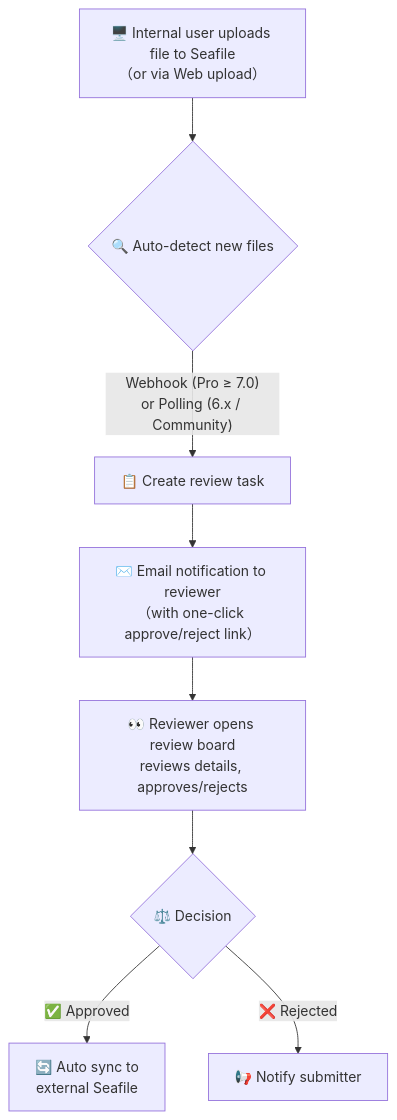
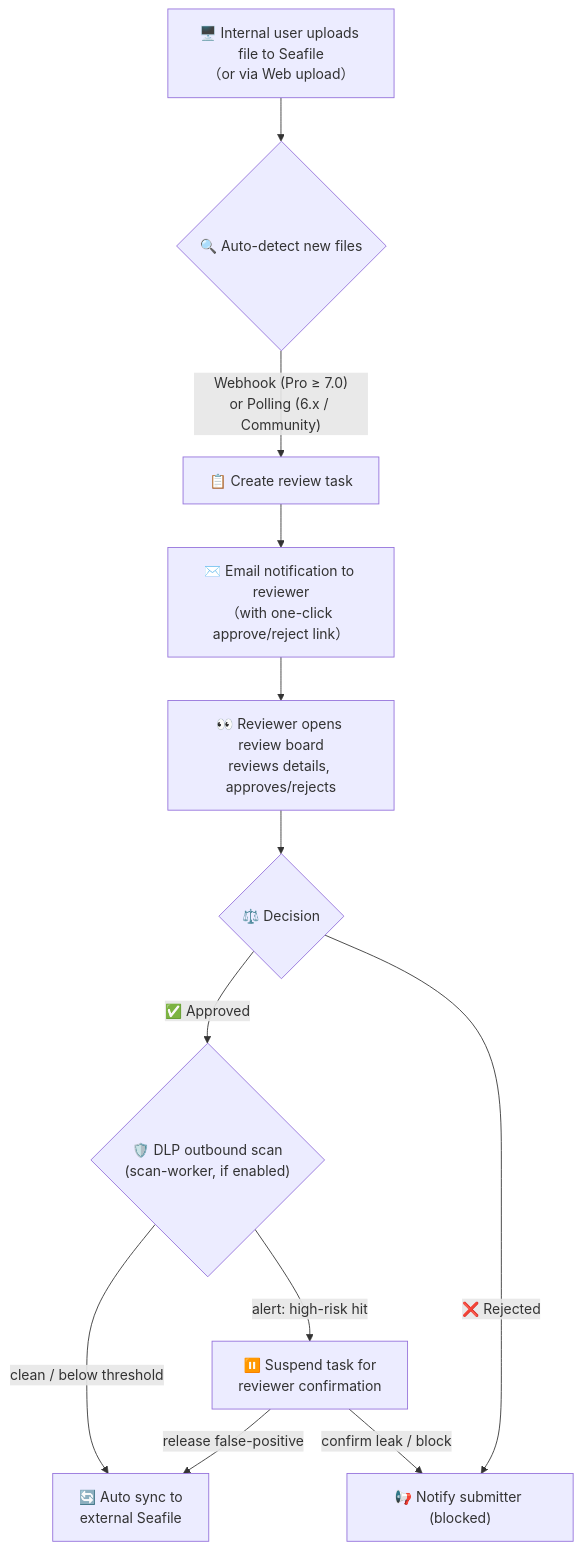
The first of 3 diagrams in README.md (tangramor/Seafile-MFT), drawn with Mermaid before and after one commit. The commit also changed 1 other file, not shown here.

````diff
--- a/README.md
+++ b/README.md
@@ -18,10 +18,14 @@
 ```mermaid
 flowchart TD
     A["🖥️ Internal user uploads file to Seafile<br>（or via Web upload）"] --> B{"🔍 Auto-detect new files"}
     B -->|"Webhook (Pro ≥ 7.0)<br>or Polling (6.x / Community)"| C["📋 Create review task"]
     C --> D["✉️ Email notification to reviewer<br>（with one-click approve/reject link）"]
     D --> E["👀 Reviewer opens review board<br>reviews details, approves/rejects"]
     E --> F{"⚖️ Decision"}
-    F -->|"✅ Approved"| G["🔄 Auto sync to<br>external Seafile"]
-    F -->|"❌ Rejected"| H["📢 Notify submitter"]
+    F -->|"✅ Approved"| I{"🛡️ DLP outbound scan<br>(scan-worker, if enabled)"}
+    I -->|"clean / below threshold"| G["🔄 Auto sync to<br>external Seafile"]
+    I -->|"alert: high-risk hit"| J["⏸️ Suspend task for<br>reviewer confirmation"]
+    J -->|"release false-positive"| G
+    J -->|"confirm leak / block"| H["📢 Notify submitter (blocked)"]
+    F -->|"❌ Rejected"| H
 ```
````
